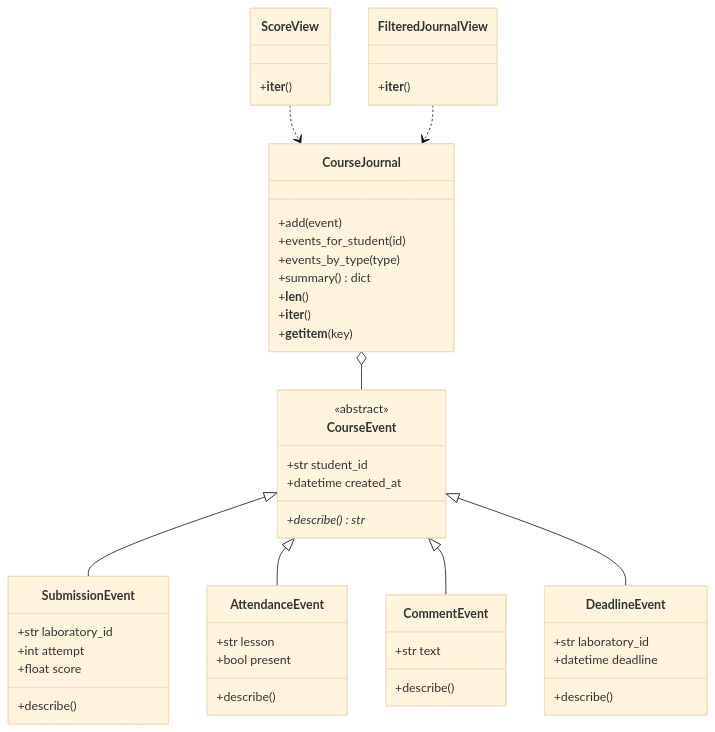
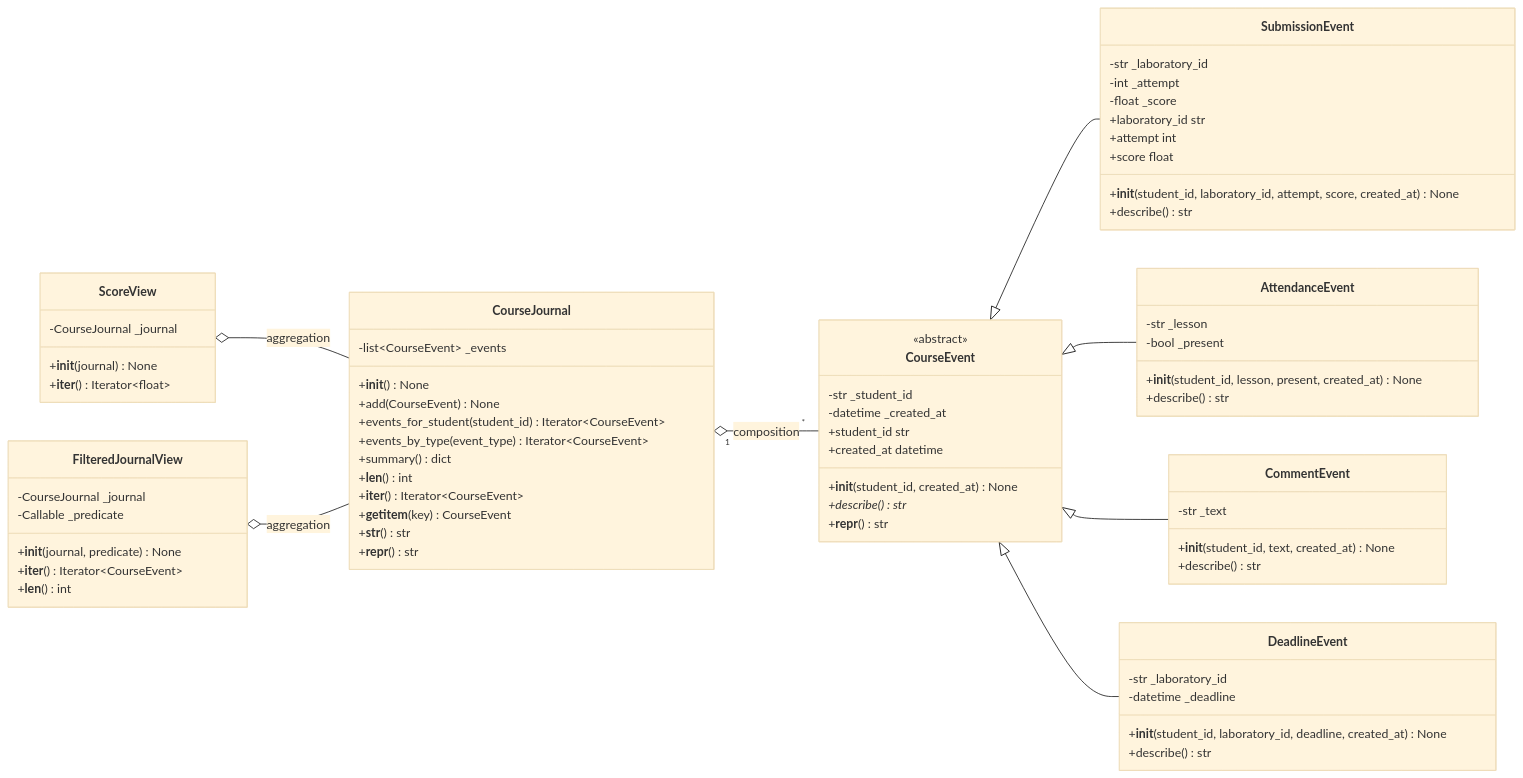
One commit to mariamedova/fai_topit_fundamentals_of_programming changed the second of 2 diagrams in solutions/lab_4/REPORT.md. Above: the diagram before and after it, drawn with Mermaid (base theme). The commit also changed other lines of this file, not shown here.

Commit message:
Update REPORT.md
Корректировка диаграмм

````diff
--- a/solutions/lab_4/REPORT.md
+++ b/solutions/lab_4/REPORT.md
@@ -267,48 +280,82 @@
 ```mermaid
 classDiagram
+    direction LR
+
     class CourseEvent {
         <<abstract>>
-        +str student_id
-        +datetime created_at
+        -str _student_id
+        -datetime _created_at
+        +__init__(student_id, created_at) None
+        +student_id str
+        +created_at datetime
         +describe()* str
+        +__repr__() str
     }
+
     class SubmissionEvent {
-        +str laboratory_id
-        +int attempt
-        +float score
-        +describe()
+        -str _laboratory_id
+        -int _attempt
+        -float _score
+        +__init__(student_id, laboratory_id, attempt, score, created_at) None
+        +laboratory_id str
+        +attempt int
+        +score float
+        +describe() str
     }
+
     class AttendanceEvent {
-        +str lesson
-        +bool present
-        +describe()
+        -str _lesson
+        -bool _present
+        +__init__(student_id, lesson, present, created_at) None
+        +describe() str
     }
+
     class CommentEvent {
-        +str text
-        +describe()
+        -str _text
+        +__init__(student_id, text, created_at) None
+        +describe() str
     }
+
     class DeadlineEvent {
-        +str laboratory_id
-        +datetime deadline
-        +describe()
+        -str _laboratory_id
+        -datetime _deadline
+        +__init__(student_id, laboratory_id, deadline, created_at) None
+        +describe() str
     }
+
     class CourseJournal {
-        +add(event)
-        +events_for_student(id)
-        +events_by_type(type)
+        -list~CourseEvent~ _events
+        +__init__() None
+        +add(CourseEvent) None
+        +events_for_student(student_id) Iterator~CourseEvent~
+        +events_by_type(event_type) Iterator~CourseEvent~
         +summary() dict
-        +__len__()
-        +__iter__()
-        +__getitem__(key)
+        +__len__() int
+        +__iter__() Iterator~CourseEvent~
+        +__getitem__(key) CourseEvent
+        +__str__() str
+        +__repr__() str
     }
-    class ScoreView { +__iter__() }
-    class FilteredJournalView { +__iter__() }
+
+    class ScoreView {
+        -CourseJournal _journal
+        +__init__(journal) None
+        +__iter__() Iterator~float~
+    }
+
+    class FilteredJournalView {
+        -CourseJournal _journal
+        -Callable _predicate
+        +__init__(journal, predicate) None
+        +__iter__() Iterator~CourseEvent~
+        +__len__() int
+    }
 
     CourseEvent <|-- SubmissionEvent
     CourseEvent <|-- AttendanceEvent
     CourseEvent <|-- CommentEvent
     CourseEvent <|-- DeadlineEvent
-    CourseJournal o-- CourseEvent
-    ScoreView ..> CourseJournal
-    FilteredJournalView ..> CourseJournal
+    CourseJournal "1" o-- "*" CourseEvent : composition
+    ScoreView o-- CourseJournal : aggregation
+    FilteredJournalView o-- CourseJournal : aggregation
 ```
````
